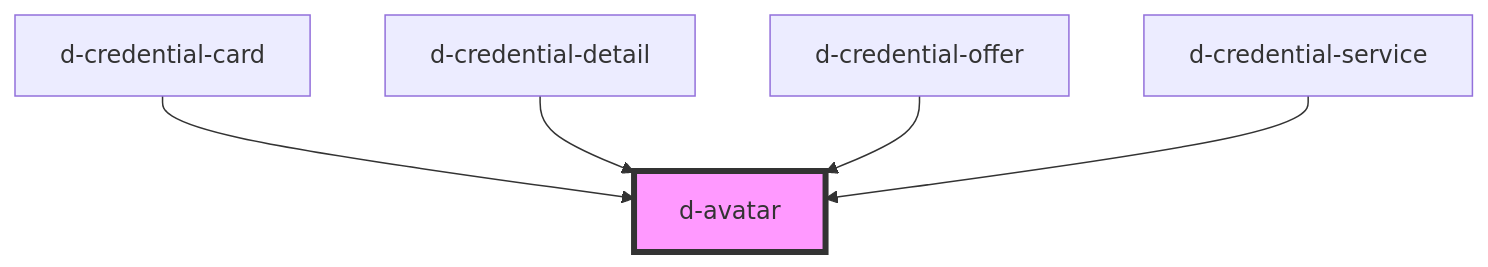
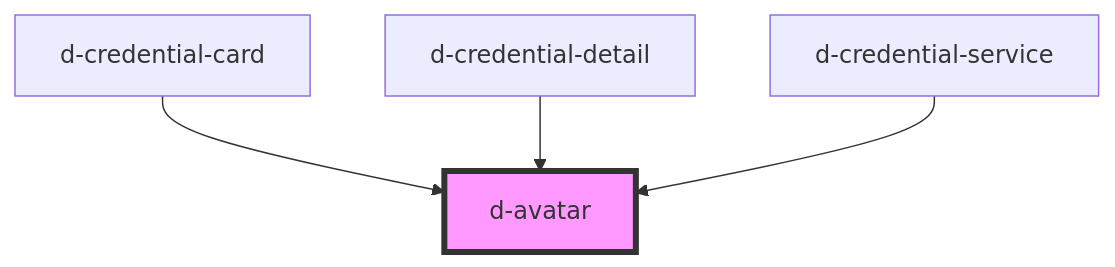
The diagram in src/components/avatar/readme.md (ForkbombEu/didroom-components), drawn with Mermaid before and after one commit. The commit also changed other lines of this file and 4 other files, not shown here.

````diff
--- a/src/components/avatar/readme.md
+++ b/src/components/avatar/readme.md
@@ -28,8 +27,7 @@
 ```mermaid
 graph TD;
   d-credential-card --> d-avatar
   d-credential-detail --> d-avatar
-  d-credential-offer --> d-avatar
   d-credential-service --> d-avatar
   style d-avatar fill:#f9f,stroke:#333,stroke-width:4px
 ```
````
